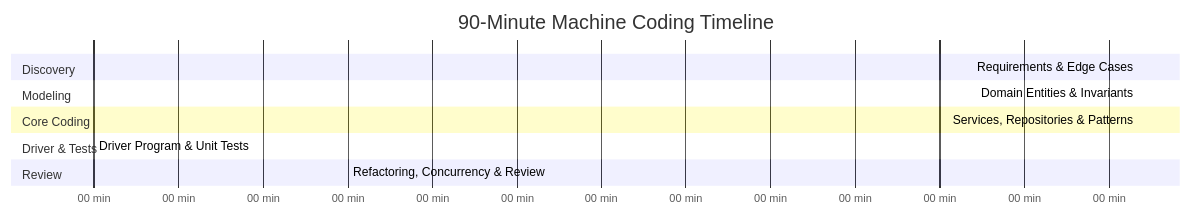
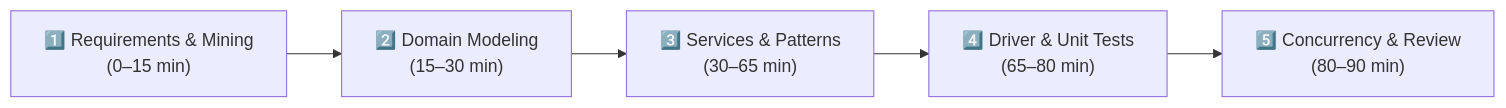
The third of 4 diagrams in LLD/00_Core_Concepts/06_Interview_Execution_Framework.md (dip4k/DSA_102), drawn with Mermaid before and after one commit. The commit also changed other lines of this file and 48 other files, not shown here.

````diff
--- a/LLD/00_Core_Concepts/06_Interview_Execution_Framework.md
+++ b/LLD/00_Core_Concepts/06_Interview_Execution_Framework.md
@@ -80,16 +72,7 @@
 ```mermaid
-gantt
-    title 90-Minute Machine Coding Timeline
-    dateFormat  m
-    axisFormat %M min
-    section Discovery
-    Requirements & Edge Cases :0, 15
-    section Modeling
-    Domain Entities & Invariants :15, 30
-    section Core Coding
-    Services, Repositories & Patterns :30, 65
-    section Driver & Tests
-    Driver Program & Unit Tests :65, 80
-    section Review
-    Refactoring, Concurrency & Review :80, 90
+flowchart LR
+    M1["1️⃣ Requirements & Mining<br/>(0–15 min)"] --> M2["2️⃣ Domain Modeling<br/>(15–30 min)"]
+    M2 --> M3["3️⃣ Services & Patterns<br/>(30–65 min)"]
+    M3 --> M4["4️⃣ Driver & Unit Tests<br/>(65–80 min)"]
+    M4 --> M5["5️⃣ Concurrency & Review<br/>(80–90 min)"]
 ```
````
